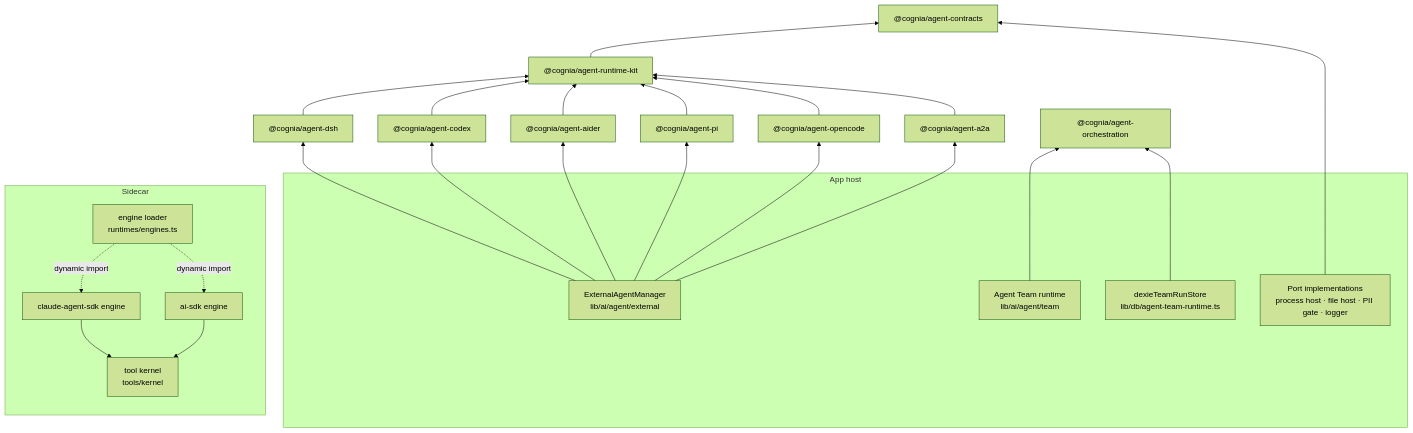
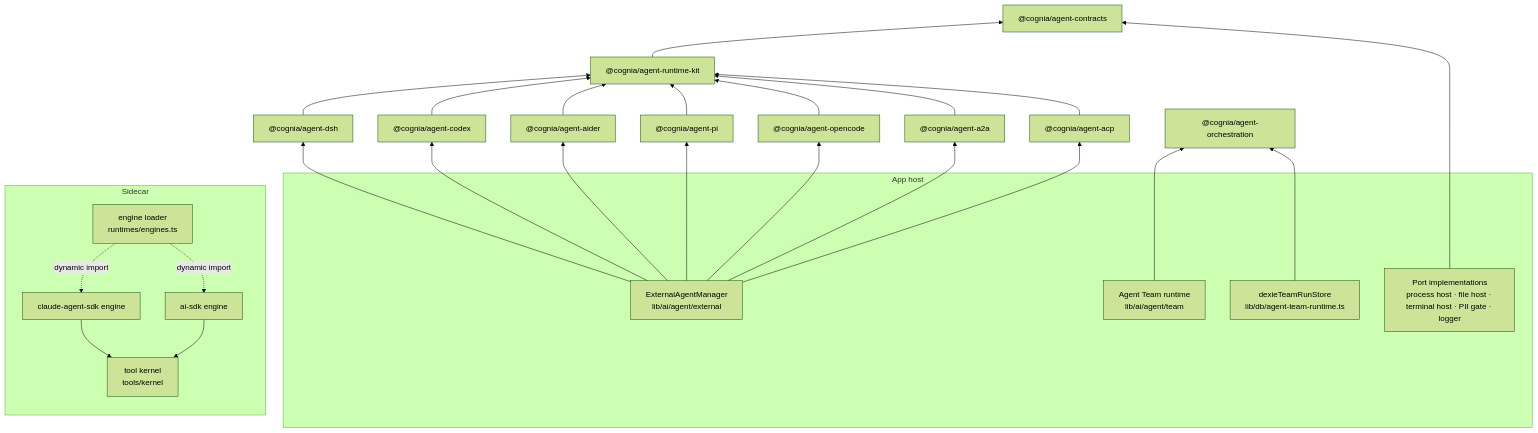
The diagram in docs/content/docs/en/subsystems/agent-packages/index.mdx (MaxQian888/cognia-next), drawn with Mermaid (forest theme) before and after one commit. The commit also changed other lines of this file and 69 other files, not shown here.

````diff
--- a/docs/content/docs/en/subsystems/agent-packages/index.mdx
+++ b/docs/content/docs/en/subsystems/agent-packages/index.mdx
@@ -43,37 +44,39 @@
 ```mermaid
 flowchart BT
   contracts["@cognia/agent-contracts"]
   kit["@cognia/agent-runtime-kit"] --> contracts
   dsh["@cognia/agent-dsh"] --> kit
   codex["@cognia/agent-codex"] --> kit
   aider["@cognia/agent-aider"] --> kit
   pi["@cognia/agent-pi"] --> kit
   opencode["@cognia/agent-opencode"] --> kit
   a2a["@cognia/agent-a2a"] --> kit
+  acp["@cognia/agent-acp"] --> kit
   orch["@cognia/agent-orchestration"]
   subgraph host["App host"]
     manager["ExternalAgentManager<br/>lib/ai/agent/external"]
-    ports["Port implementations<br/>process host · file host · PII gate · logger"]
+    ports["Port implementations<br/>process host · file host · terminal host · PII gate · logger"]
     team["Agent Team runtime<br/>lib/ai/agent/team"]
     dexie["dexieTeamRunStore<br/>lib/db/agent-team-runtime.ts"]
   end
   subgraph sidecar["Sidecar"]
     engines["engine loader<br/>runtimes/engines.ts"]
     claude["claude-agent-sdk engine"]
     aisdk["ai-sdk engine"]
     kernel["tool kernel<br/>tools/kernel"]
   end
   manager --> dsh
   manager --> codex
   manager --> aider
   manager --> pi
   manager --> opencode
   manager --> a2a
+  manager --> acp
   ports --> contracts
   team --> orch
   dexie --> orch
   engines -.dynamic import.-> claude
   engines -.dynamic import.-> aisdk
   claude --> kernel
   aisdk --> kernel
 ```
````
